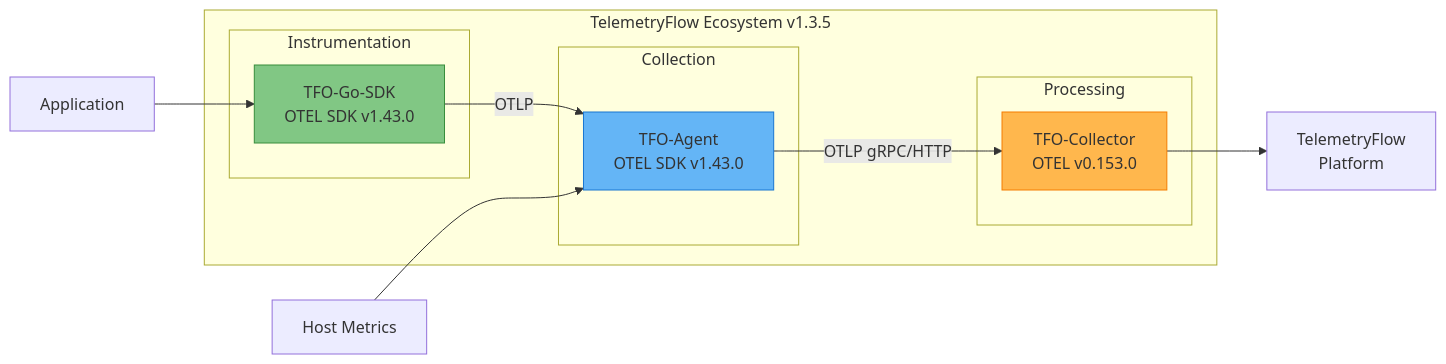
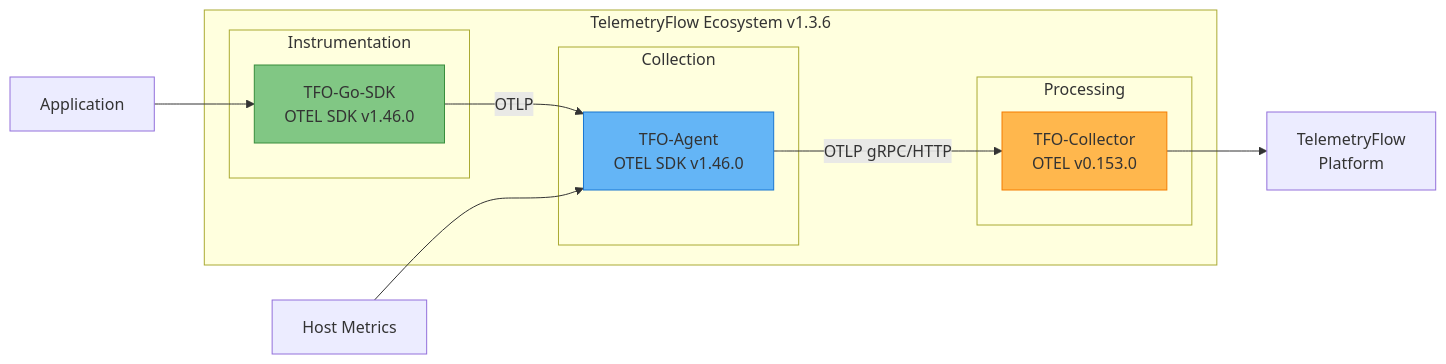
One commit to telemetryflow/telemetryflow-agent changed the first of 3 diagrams in docs/README.md. Above: the diagram before and after it, drawn with Mermaid. The commit also changed other lines of this file and 25 other files, not shown here.

First line of the commit message:
docs: synchronize docs + config to TFO-Agent v1.3.6

````diff
--- a/docs/README.md
+++ b/docs/README.md
@@ -29,26 +29,26 @@
 ```mermaid
 graph LR
-    subgraph "TelemetryFlow Ecosystem v1.3.5"
+    subgraph "TelemetryFlow Ecosystem v1.3.6"
         subgraph "Instrumentation"
-            SDK[TFO-Go-SDK<br/>OTEL SDK v1.43.0]
+            SDK[TFO-Go-SDK<br/>OTEL SDK v1.46.0]
         end
 
         subgraph "Collection"
-            AGENT[TFO-Agent<br/>OTEL SDK v1.43.0]
+            AGENT[TFO-Agent<br/>OTEL SDK v1.46.0]
         end
 
         subgraph "Processing"
             COLLECTOR[TFO-Collector<br/>OTEL v0.153.0]
         end
     end
 
     APP[Application] --> SDK
     SDK -->|OTLP| AGENT
     HOST[Host Metrics] --> AGENT
     AGENT -->|OTLP gRPC/HTTP| COLLECTOR
     COLLECTOR --> BACKEND[TelemetryFlow<br/>Platform]
 
     style SDK fill:#81C784,stroke:#388E3C
     style AGENT fill:#64B5F6,stroke:#1976D2
     style COLLECTOR fill:#FFB74D,stroke:#F57C00
 ```
````
